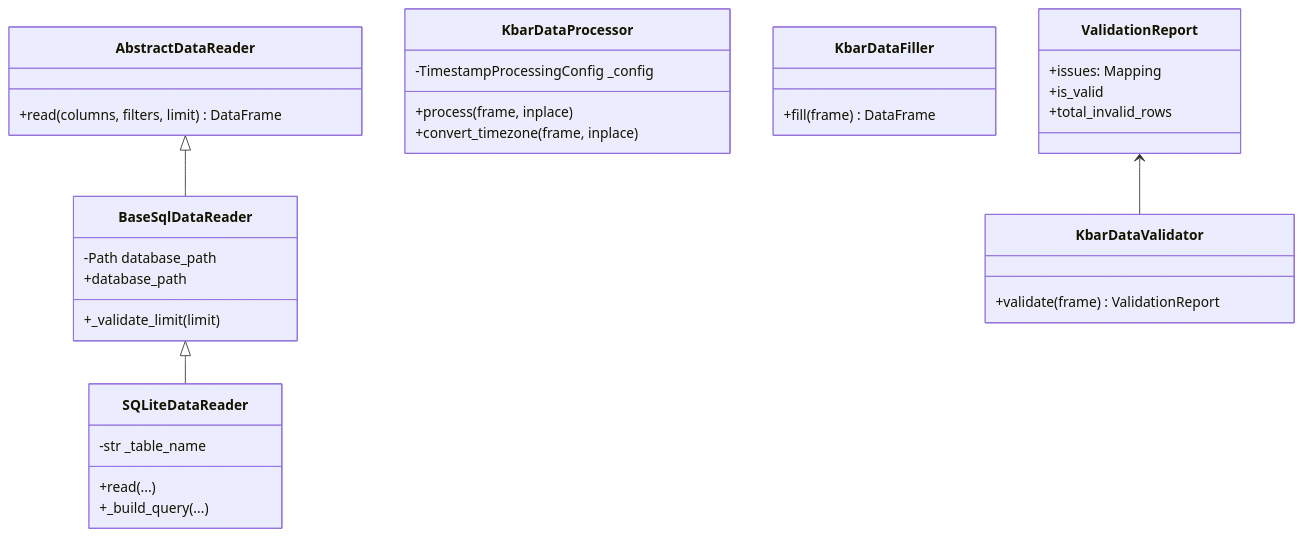
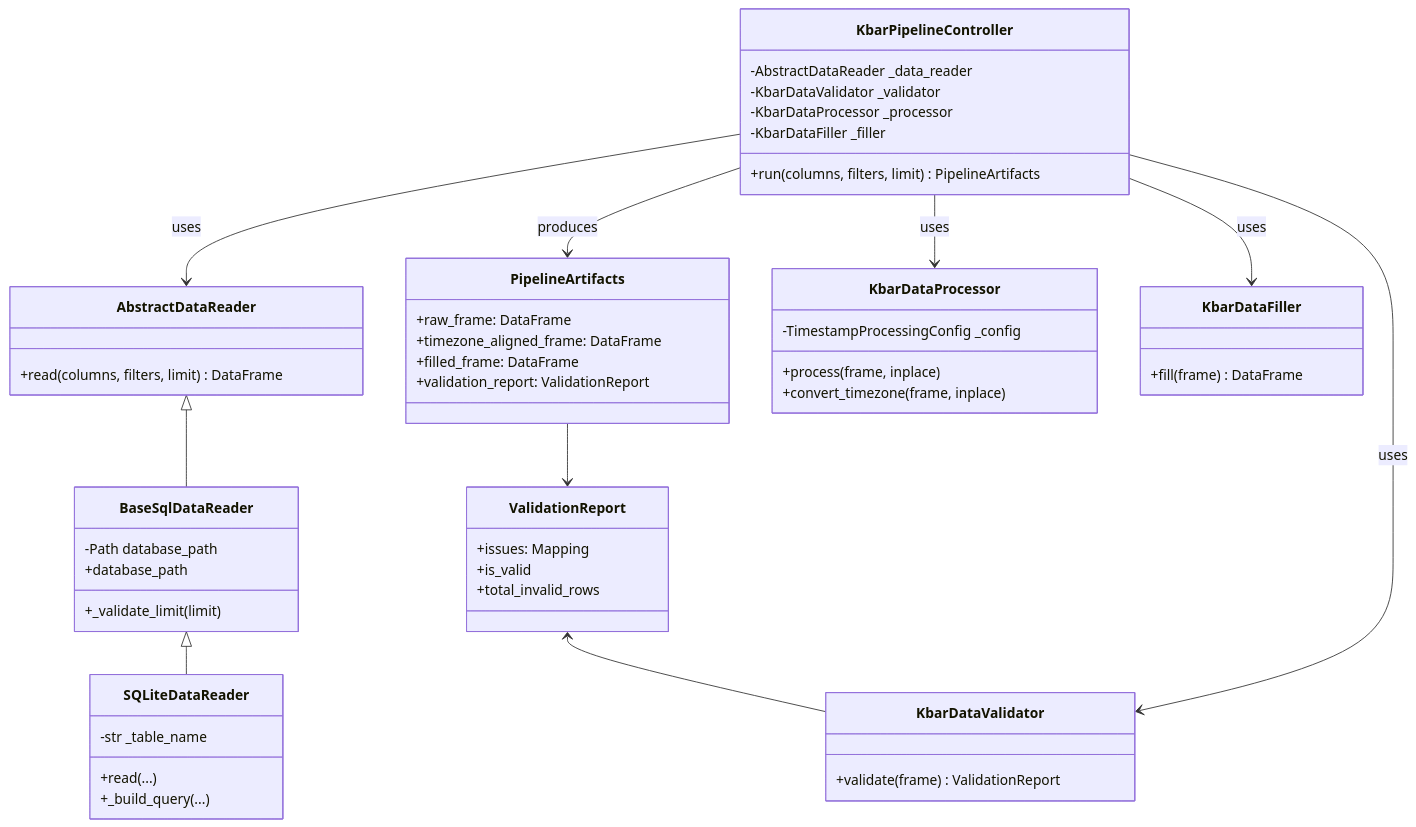
One commit to wu02067602/back_test_to_stock changed the diagram in 類別圖.md. Above: the diagram before and after it, drawn with Mermaid. The commit also changed 3 other files, not shown here.

Commit message:
feat: Add KbarPipelineController to orchestrate data processing

````diff
--- a/類別圖.md
+++ b/類別圖.md
@@ -3,42 +3,63 @@
 ```mermaid
 classDiagram
     class AbstractDataReader {
         +read(columns, filters, limit) DataFrame
     }
 
     class BaseSqlDataReader {
         -Path database_path
         +database_path
         +_validate_limit(limit)
     }
 
     class SQLiteDataReader {
         -str _table_name
         +read(...)
         +_build_query(...)
     }
+
+      class KbarPipelineController {
+          -AbstractDataReader _data_reader
+          -KbarDataValidator _validator
+          -KbarDataProcessor _processor
+          -KbarDataFiller _filler
+          +run(columns, filters, limit) PipelineArtifacts
+      }
+
+      class PipelineArtifacts {
+          +raw_frame: DataFrame
+          +timezone_aligned_frame: DataFrame
+          +filled_frame: DataFrame
+          +validation_report: ValidationReport
+      }
 
     class KbarDataProcessor {
         -TimestampProcessingConfig _config
         +process(frame, inplace)
         +convert_timezone(frame, inplace)
     }
 
     class KbarDataValidator {
         +validate(frame) ValidationReport
     }
 
     class KbarDataFiller {
         +fill(frame) DataFrame
     }
 
     class ValidationReport {
         +issues: Mapping
         +is_valid
         +total_invalid_rows
     }
 
     AbstractDataReader <|-- BaseSqlDataReader
     BaseSqlDataReader <|-- SQLiteDataReader
     ValidationReport <-- KbarDataValidator
+      PipelineArtifacts --> ValidationReport
+      KbarPipelineController --> AbstractDataReader : uses
+      KbarPipelineController --> KbarDataValidator : uses
+      KbarPipelineController --> KbarDataProcessor : uses
+      KbarPipelineController --> KbarDataFiller : uses
+      KbarPipelineController --> PipelineArtifacts : produces
 ```
````
